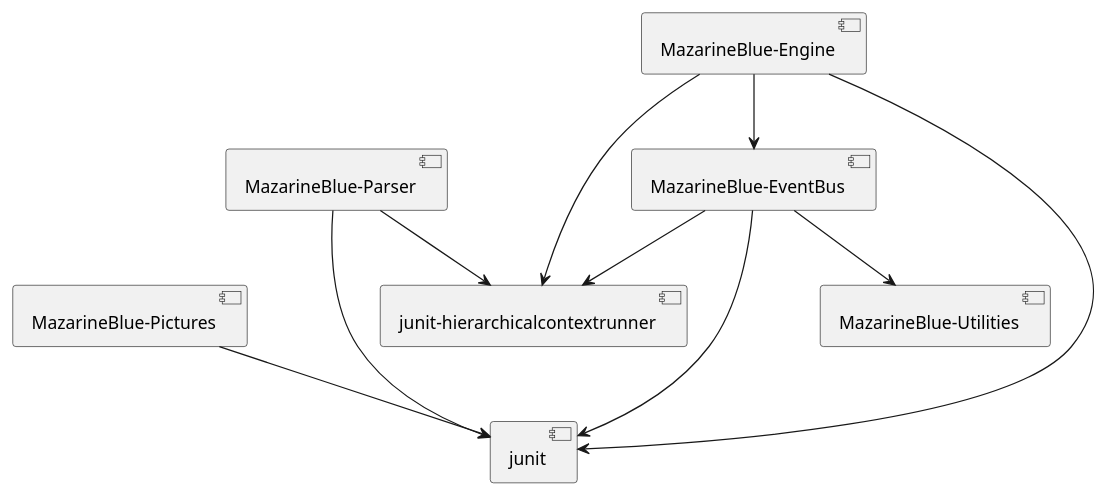
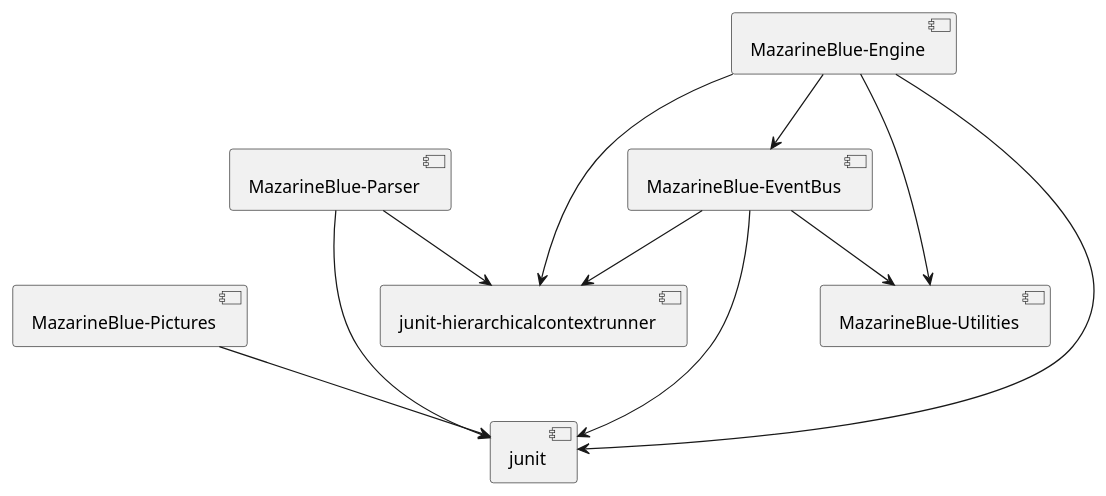
The diagram in src/main/resources/Component Diagram - Overview.puml (bennypoon/MazarineBlue), drawn with PlantUML before and after one commit. The commit also changed 67 other files, not shown here.

Commit message:
Release MazarineBlue-Engine (KeywordDriven)

```diff
--- a/src/main/resources/Component Diagram - Overview.puml
+++ b/src/main/resources/Component Diagram - Overview.puml
@@ -1,11 +1,12 @@
 @startuml
 [MazarineBlue-Parser] --> [junit]
 [MazarineBlue-Parser] --> [junit-hierarchicalcontextrunner]
 [MazarineBlue-Pictures] --> [junit]
 [MazarineBlue-EventBus] ---> [junit]
 [MazarineBlue-EventBus] --> [junit-hierarchicalcontextrunner]
 [MazarineBlue-EventBus] --> [MazarineBlue-Utilities]
 [MazarineBlue-Engine] ---> [junit]
 [MazarineBlue-Engine] --> [junit-hierarchicalcontextrunner]
 [MazarineBlue-Engine] --> [MazarineBlue-EventBus]
+[MazarineBlue-Engine] --> [MazarineBlue-Utilities]
 @enduml
```
